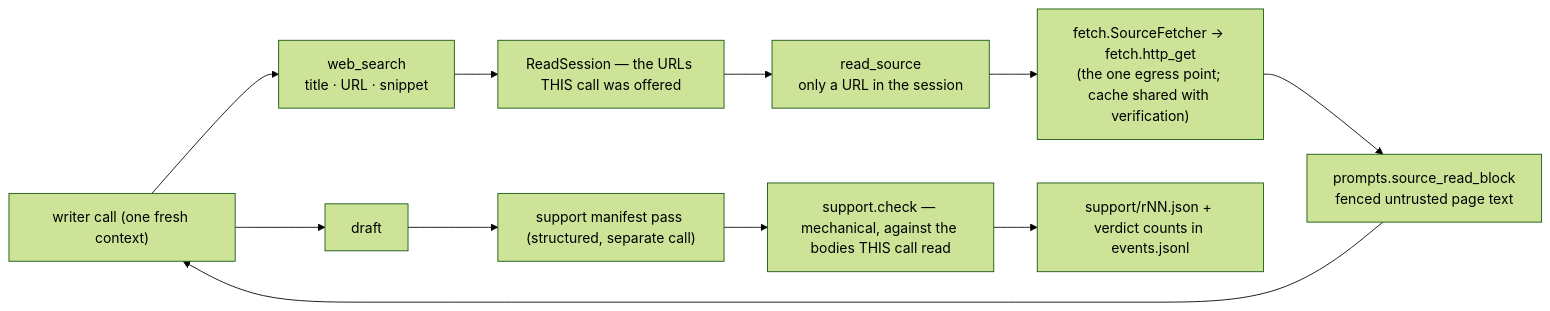
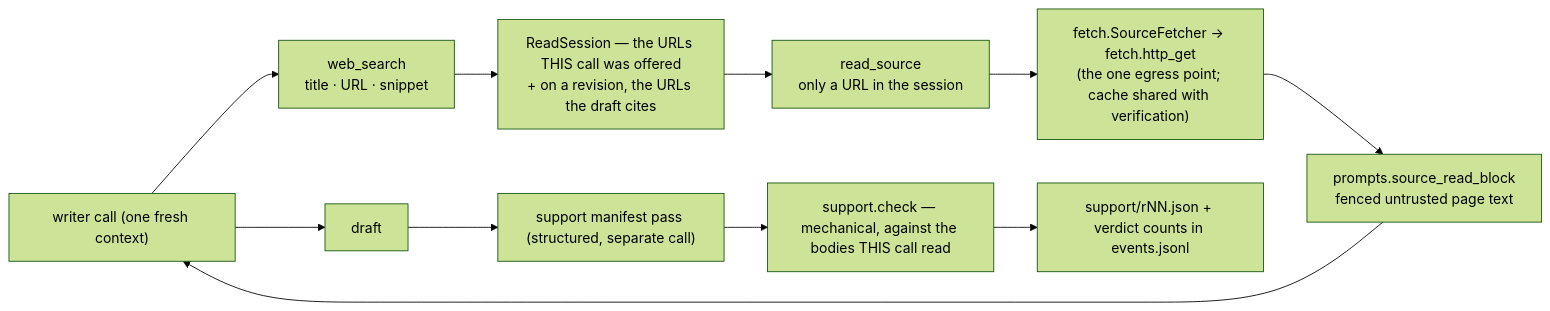
One commit to NickBorgers/reasonable-answer changed the fifth of 6 diagrams in docs/architecture.md. Above: the diagram before and after it, drawn with Mermaid (forest theme). The commit also changed other lines of this file and 19 other files, not shown here.

````diff
--- a/docs/architecture.md
+++ b/docs/architecture.md
@@ -352,13 +352,13 @@
 ```mermaid
 flowchart LR
     W["writer call (one fresh context)"] --> S["web_search<br/>title · URL · snippet"]
-    S --> SES["ReadSession — the URLs THIS call was offered"]
+    S --> SES["ReadSession — the URLs THIS call was offered<br/>+ on a revision, the URLs the draft cites"]
     SES --> R["read_source<br/>only a URL in the session"]
     R --> F["fetch.SourceFetcher → fetch.http_get<br/>(the one egress point; cache shared with verification)"]
     F --> P["prompts.source_read_block<br/>fenced untrusted page text"]
     P --> W
     W --> D["draft"]
     D --> M["support manifest pass (structured, separate call)"]
     M --> C["support.check — mechanical, against the bodies THIS call read"]
     C --> A["support/rNN.json + verdict counts in events.jsonl"]
 ```
````
